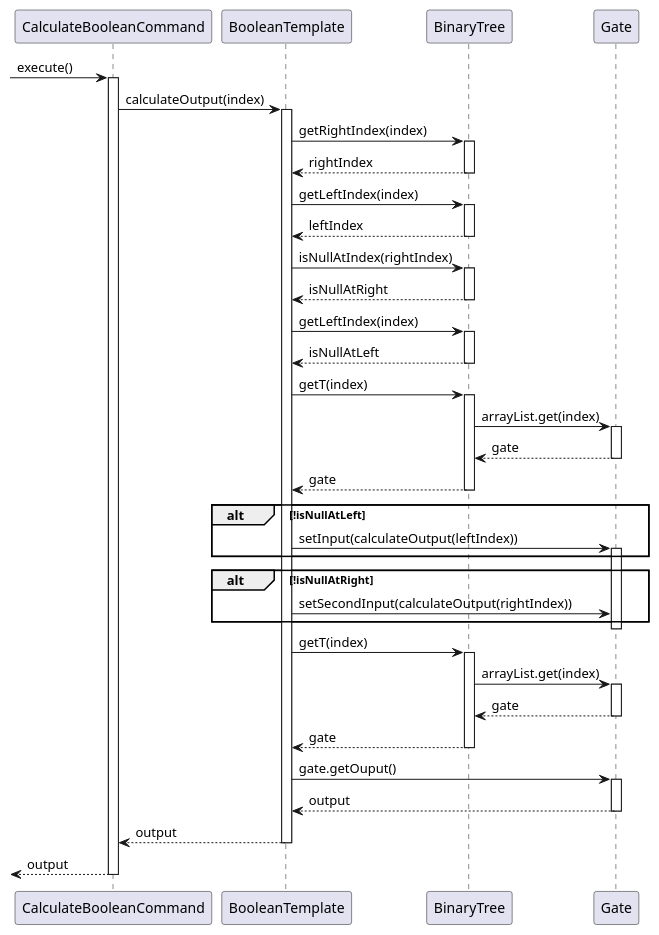
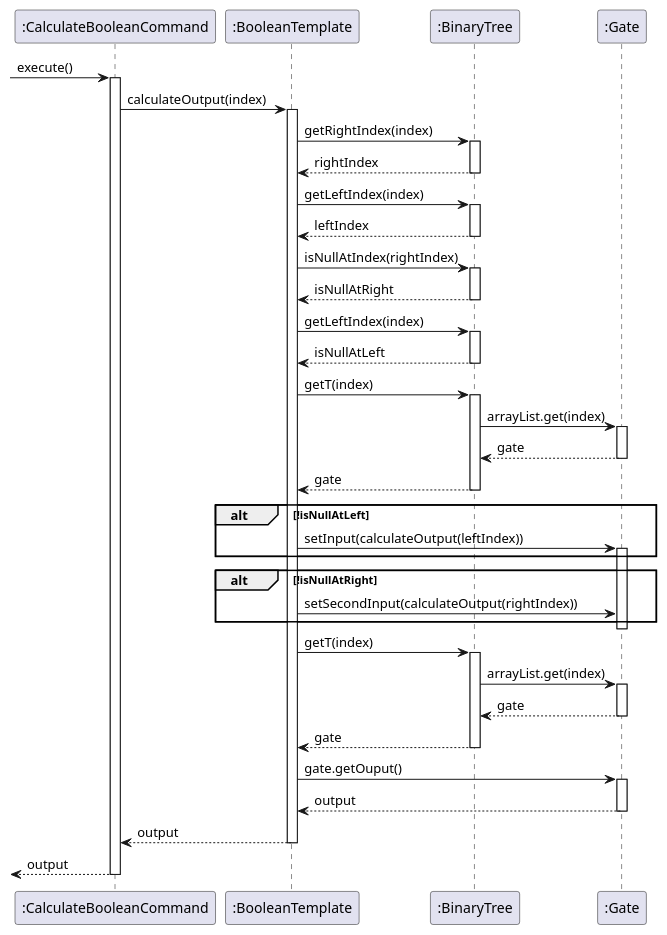
The diagram in docs/diagrams/CalcBooleanCommand.puml (sevenseasofbri/tp), drawn with PlantUML before and after one commit. The commit also changed 11 other files, not shown here.

Commit message:
Changes to object, class, and sequence diagrams

```diff
--- a/docs/diagrams/CalcBooleanCommand.puml
+++ b/docs/diagrams/CalcBooleanCommand.puml
@@ -1,85 +1,84 @@
 @startuml
-[-> CalculateBooleanCommand : execute()
-activate CalculateBooleanCommand
+[-> ":CalculateBooleanCommand" : execute()
+activate ":CalculateBooleanCommand"
 
-CalculateBooleanCommand -> BooleanTemplate : calculateOutput(index)
-activate BooleanTemplate
+":CalculateBooleanCommand" -> ":BooleanTemplate" : calculateOutput(index)
+activate ":BooleanTemplate"
 
-BooleanTemplate -> BinaryTree : getRightIndex(index)
-activate BinaryTree
+":BooleanTemplate" -> ":BinaryTree" : getRightIndex(index)
+activate ":BinaryTree"
 
-BinaryTree --> BooleanTemplate : rightIndex
-deactivate BinaryTree
+":BinaryTree" --> ":BooleanTemplate" : rightIndex
+deactivate ":BinaryTree"
 
-BooleanTemplate -> BinaryTree : getLeftIndex(index)
-activate BinaryTree
+":BooleanTemplate" -> ":BinaryTree" : getLeftIndex(index)
+activate ":BinaryTree"
 
-BinaryTree --> BooleanTemplate : leftIndex
-deactivate BinaryTree
+":BinaryTree" --> ":BooleanTemplate" : leftIndex
+deactivate ":BinaryTree"
 
-BooleanTemplate -> BinaryTree : isNullAtIndex(rightIndex)
-activate BinaryTree
+":BooleanTemplate" -> ":BinaryTree" : isNullAtIndex(rightIndex)
+activate ":BinaryTree"
 
-BinaryTree --> BooleanTemplate : isNullAtRight
-deactivate BinaryTree
+":BinaryTree" --> ":BooleanTemplate" : isNullAtRight
+deactivate ":BinaryTree"
 
-BooleanTemplate -> BinaryTree : getLeftIndex(index)
-activate BinaryTree
+":BooleanTemplate" -> ":BinaryTree" : getLeftIndex(index)
+activate ":BinaryTree"
 
-BinaryTree --> BooleanTemplate : isNullAtLeft
-deactivate BinaryTree
+":BinaryTree" --> ":BooleanTemplate" : isNullAtLeft
+deactivate ":BinaryTree"
 
-BooleanTemplate -> BinaryTree: getT(index)
-activate BinaryTree
+":BooleanTemplate" -> ":BinaryTree": getT(index)
+activate ":BinaryTree"
 
-BinaryTree -> Gate: arrayList.get(index)
-activate Gate
+":BinaryTree" -> ":Gate" : arrayList.get(index)
+activate ":Gate"
 
-Gate --> BinaryTree: gate
-deactivate Gate
+":Gate" --> ":BinaryTree" : gate
+deactivate ":Gate"
 
-BinaryTree --> BooleanTemplate: gate
-deactivate BinaryTree
+":BinaryTree" --> ":BooleanTemplate": gate
+deactivate ":BinaryTree"
 
 alt !isNullAtLeft
 
-BooleanTemplate -> Gate: setInput(calculateOutput(leftIndex))
-activate Gate
+":BooleanTemplate" -> ":Gate": setInput(calculateOutput(leftIndex))
+activate ":Gate"
 
 end
 
 alt !isNullAtRight
 
-BooleanTemplate -> Gate: setSecondInput(calculateOutput(rightIndex))
+":BooleanTemplate" -> ":Gate" : setSecondInput(calculateOutput(rightIndex))
 
 
 end
 
-deactivate Gate
-deactivate Gate
+deactivate ":Gate"
+deactivate ":Gate"
 
-BooleanTemplate -> BinaryTree: getT(index)
-activate BinaryTree
+":BooleanTemplate" -> ":BinaryTree": getT(index)
+activate ":BinaryTree"
 
-BinaryTree -> Gate: arrayList.get(index)
-activate Gate
+":BinaryTree" -> ":Gate": arrayList.get(index)
+activate ":Gate"
 
-Gate --> BinaryTree: gate
-deactivate Gate
+":Gate" --> ":BinaryTree" : gate
+deactivate ":Gate"
 
-BinaryTree --> BooleanTemplate: gate
-deactivate BinaryTree
+":BinaryTree" --> ":BooleanTemplate" : gate
+deactivate ":BinaryTree"
 
-BooleanTemplate -> Gate: gate.getOuput()
-activate Gate
+":BooleanTemplate" -> ":Gate" : gate.getOuput()
+activate ":Gate"
 
-Gate --> BooleanTemplate: output
-deactivate Gate
+":Gate" --> ":BooleanTemplate": output
+deactivate ":Gate"
 
+":BooleanTemplate" --> ":CalculateBooleanCommand": output
+deactivate ":BooleanTemplate"
 
-BooleanTemplate --> CalculateBooleanCommand: output
-deactivate BooleanTemplate
-
-[<-- CalculateBooleanCommand: output
-deactivate CalculateBooleanCommand
+[<-- ":CalculateBooleanCommand": output
+deactivate ":CalculateBooleanCommand"
 @enduml
```
